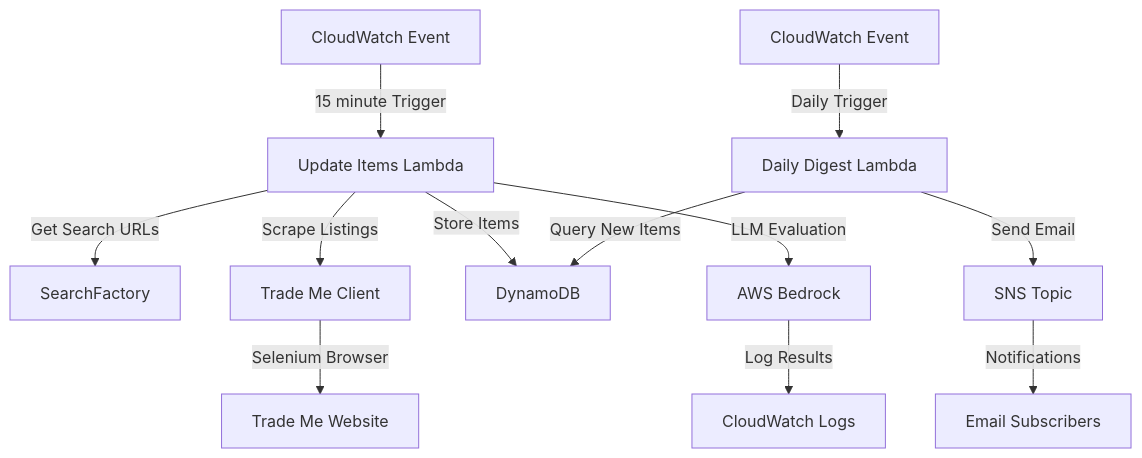
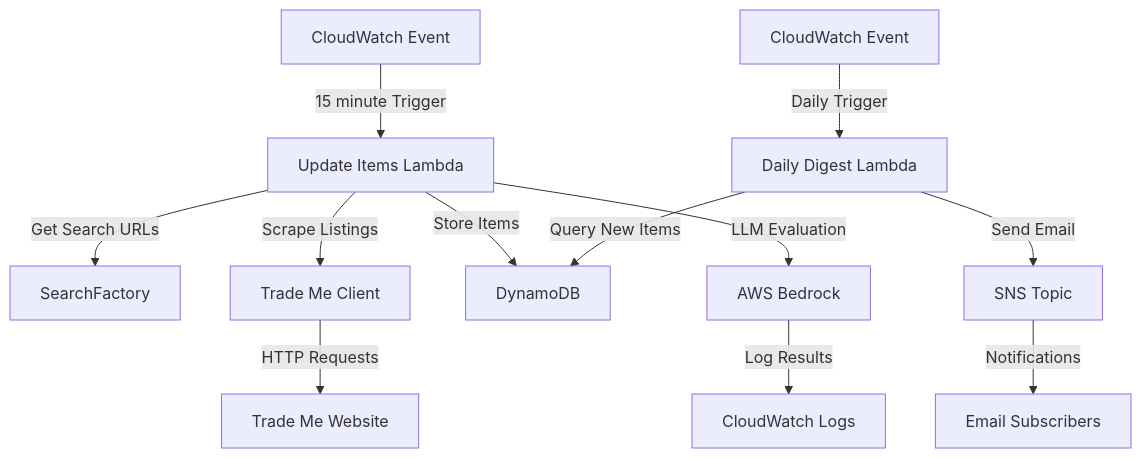
Before and after one commit to jordansimsmith/jordansimsmith-com: the diagram in auction_tracker_api/README.md, drawn with Mermaid. The commit also changed other lines of this file and 10 other files, not shown here.

````diff
--- a/auction_tracker_api/README.md
+++ b/auction_tracker_api/README.md
@@ -7,15 +7,15 @@
 ```mermaid
 graph TD
   A[CloudWatch Event] -->|15 minute Trigger| B[Update Items Lambda]
   B -->|Get Search URLs| C[SearchFactory]
   B -->|Scrape Listings| D[Trade Me Client]
-  D -->|Selenium Browser| E[Trade Me Website]
+  D -->|HTTP Requests| E[Trade Me Website]
   B -->|Store Items| F[DynamoDB]
   B -->|LLM Evaluation| G[AWS Bedrock]
   G -->|Log Results| H[CloudWatch Logs]
 
   I[CloudWatch Event] -->|Daily Trigger| J[Daily Digest Lambda]
   J -->|Query New Items| F
   J -->|Send Email| K[SNS Topic]
   K -->|Notifications| L[Email Subscribers]
 ```
````
